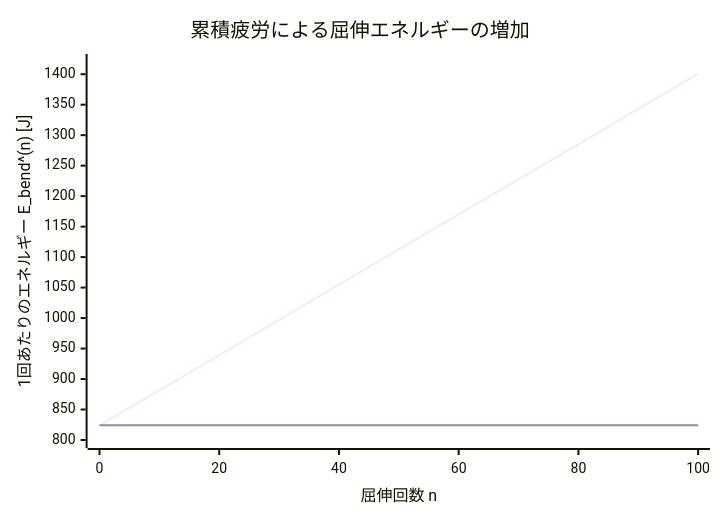
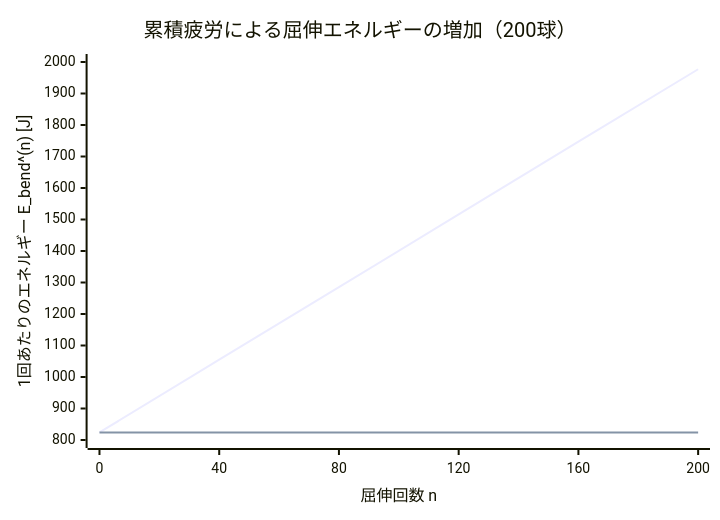
The diagram in articles/tennis-ball-picking-2-energy.md (gyp0bt/zenn-article), drawn with Mermaid before and after one commit. The commit also changed other lines of this file, not shown here.

````diff
--- a/articles/tennis-ball-picking-2-energy.md
+++ b/articles/tennis-ball-picking-2-energy.md
@@ -144,8 +144,8 @@
 ```mermaid
 xychart-beta
-    title "累積疲労による屈伸エネルギーの増加"
-    x-axis "屈伸回数 n" [0, 20, 40, 60, 80, 100]
-    y-axis "1回あたりのエネルギー E_bend^(n) [J]" 800 --> 1420
-    line "疲労あり (β=0.007)" [824, 939, 1055, 1170, 1285, 1401]
+    title "累積疲労による屈伸エネルギーの増加（200球）"
+    x-axis "屈伸回数 n" [0, 40, 80, 120, 160, 200]
+    y-axis "1回あたりのエネルギー E_bend^(n) [J]" 800 --> 2000
+    line "疲労あり (β=0.007)" [824, 1055, 1285, 1516, 1747, 1977]
     line "疲労なし (β=0)" [824, 824, 824, 824, 824, 824]
 ```
````
